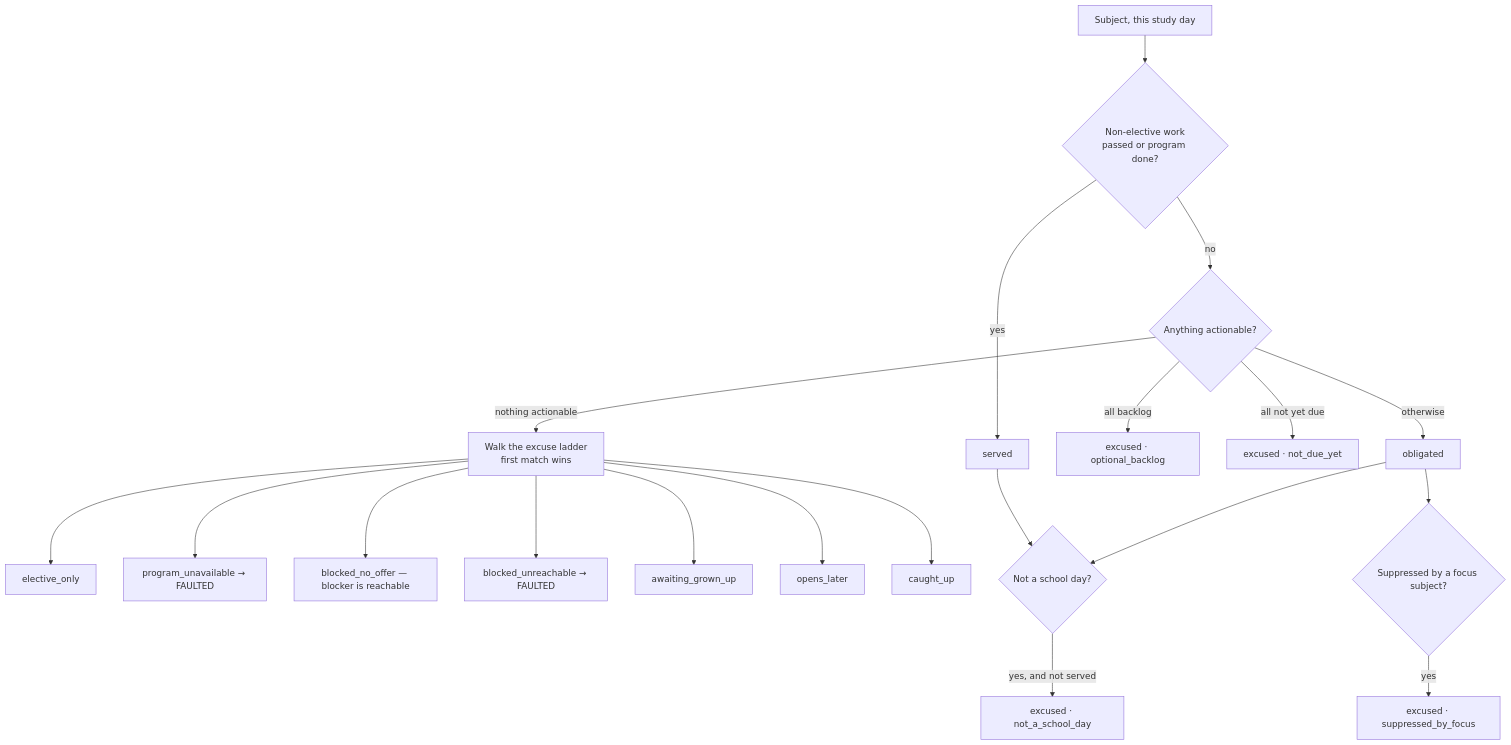
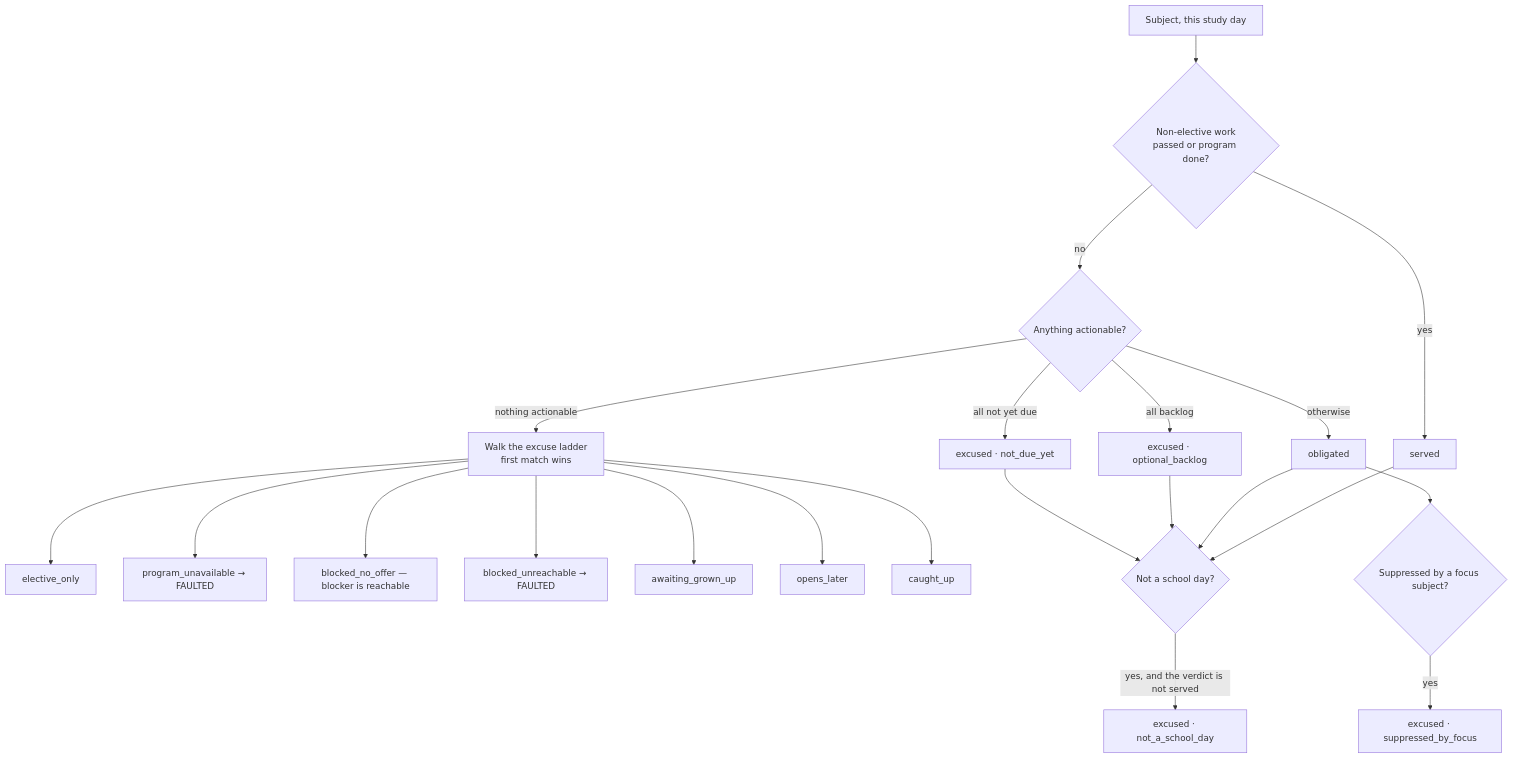
One commit to kckern/DaylightStation changed the fourth of 16 diagrams in docs/reference/school/teacher.md. Above: the diagram before and after it, drawn with Mermaid. The commit also changed other lines of this file and 14 other files, not shown here.

````diff
--- a/docs/reference/school/teacher.md
+++ b/docs/reference/school/teacher.md
@@ -262,25 +266,27 @@
 ```mermaid
 flowchart TD
     START["Subject, this study day"] --> SERVED{"Non-elective work<br/>passed or program done?"}
     SERVED -->|yes| S["served"]
     SERVED -->|no| ACT{"Anything actionable?"}
 
     ACT -->|"nothing actionable"| LADDER["Walk the excuse ladder<br/>first match wins"]
     LADDER --> L1["elective_only"]
     LADDER --> L2["program_unavailable → FAULTED"]
     LADDER --> L3["blocked_no_offer — blocker is reachable"]
     LADDER --> L4["blocked_unreachable → FAULTED"]
     LADDER --> L5["awaiting_grown_up"]
     LADDER --> L6["opens_later"]
     LADDER --> L7["caught_up"]
 
     ACT -->|"all backlog"| B["excused · optional_backlog"]
     ACT -->|"all not yet due"| D["excused · not_due_yet"]
     ACT -->|otherwise| O["obligated"]
 
     S --> NS{"Not a school day?"}
     O --> NS
-    NS -->|yes, and not served| NSE["excused · not_a_school_day"]
+    B --> NS
+    D --> NS
+    NS -->|"yes, and the verdict is not served"| NSE["excused · not_a_school_day"]
     O --> FOCUS{"Suppressed by a focus subject?"}
     FOCUS -->|yes| SUP["excused · suppressed_by_focus"]
 ```
````
